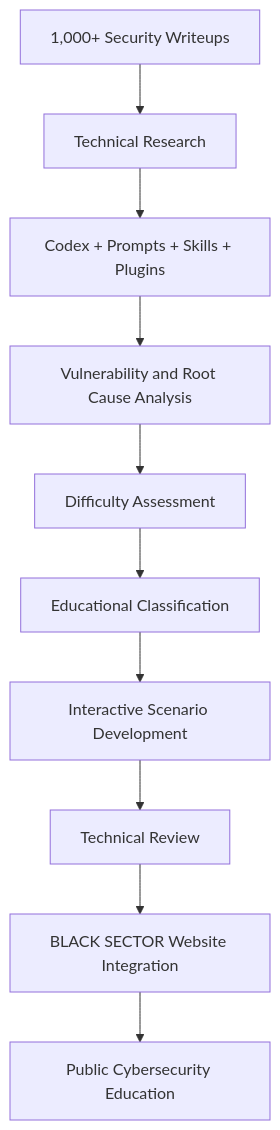
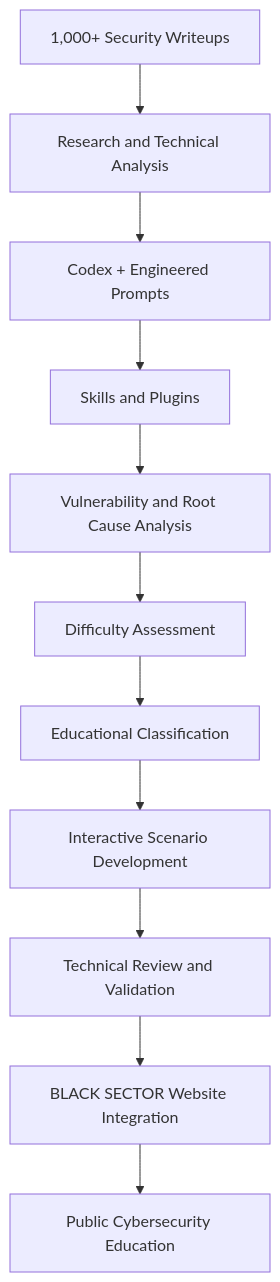
The fifth of 5 diagrams in README.md (Ahmed80325/black-sector-codex-labs), drawn with Mermaid before and after one commit. The commit also changed other lines of this file, not shown here.

````diff
--- a/README.md
+++ b/README.md
@@ -640,12 +767,13 @@
 ```mermaid
 flowchart TD
-    A["1,000+ Security Writeups"] --> B["Technical Research"]
-    B --> C["Codex + Prompts + Skills + Plugins"]
-    C --> D["Vulnerability and Root Cause Analysis"]
-    D --> E["Difficulty Assessment"]
-    E --> F["Educational Classification"]
-    F --> G["Interactive Scenario Development"]
-    G --> H["Technical Review"]
-    H --> I["BLACK SECTOR Website Integration"]
-    I --> J["Public Cybersecurity Education"]
+    A["1,000+ Security Writeups"] --> B["Research and Technical Analysis"]
+    B --> C["Codex + Engineered Prompts"]
+    C --> D["Skills and Plugins"]
+    D --> E["Vulnerability and Root Cause Analysis"]
+    E --> F["Difficulty Assessment"]
+    F --> G["Educational Classification"]
+    G --> H["Interactive Scenario Development"]
+    H --> I["Technical Review and Validation"]
+    I --> J["BLACK SECTOR Website Integration"]
+    J --> K["Public Cybersecurity Education"]
 ```
````
